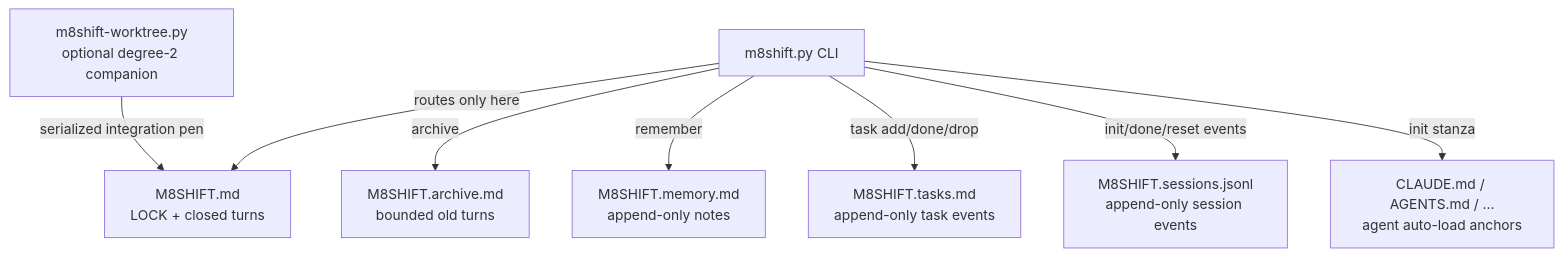
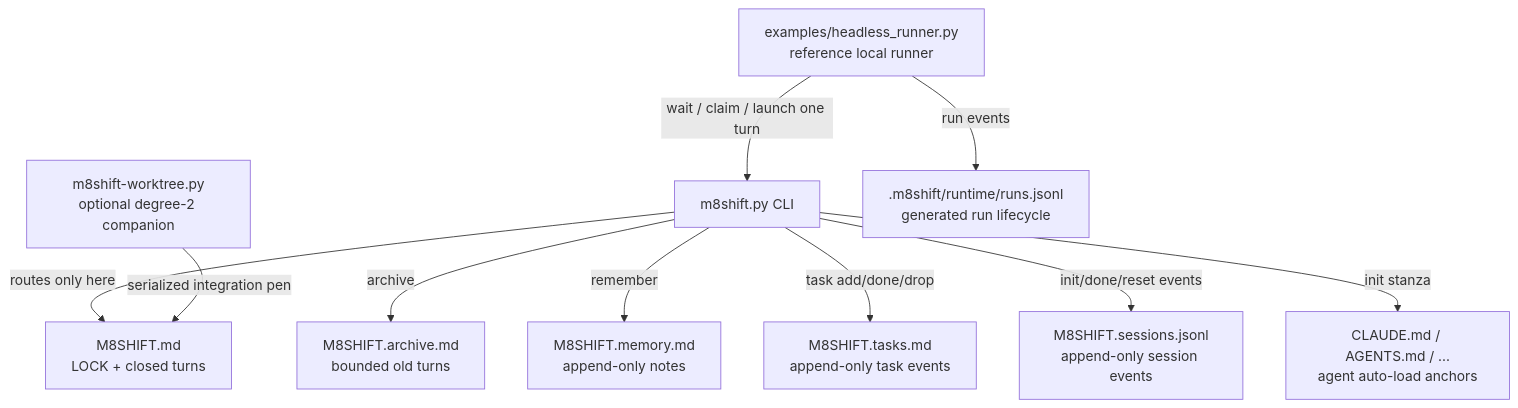
One commit to M8Shift/M8Shift changed the second of 3 diagrams in docs/en/specification.md. Above: the diagram before and after it, drawn with Mermaid. The commit also changed other lines of this file and 1 other file, not shown here.

````diff
--- a/docs/en/specification.md
+++ b/docs/en/specification.md
@@ -119,19 +124,23 @@
 ```mermaid
 flowchart TD
     CLI["m8shift.py CLI"]
     Lock["M8SHIFT.md<br/>LOCK + closed turns"]
     Archive["M8SHIFT.archive.md<br/>bounded old turns"]
     Memory["M8SHIFT.memory.md<br/>append-only notes"]
     Tasks["M8SHIFT.tasks.md<br/>append-only task events"]
     Sessions["M8SHIFT.sessions.jsonl<br/>append-only session events"]
     Anchors["CLAUDE.md / AGENTS.md / ...<br/>agent auto-load anchors"]
     Companion["m8shift-worktree.py<br/>optional degree-2 companion"]
+    Runner["examples/headless_runner.py<br/>reference local runner"]
+    Runtime[".m8shift/runtime/runs.jsonl<br/>generated run lifecycle"]
 
     CLI -->|routes only here| Lock
     CLI -->|archive| Archive
     CLI -->|remember| Memory
     CLI -->|task add/done/drop| Tasks
     CLI -->|init/done/reset events| Sessions
     CLI -->|init stanza| Anchors
     Companion -->|serialized integration pen| Lock
+    Runner -->|wait / claim / launch one turn| CLI
+    Runner -->|run events| Runtime
 ```
````
